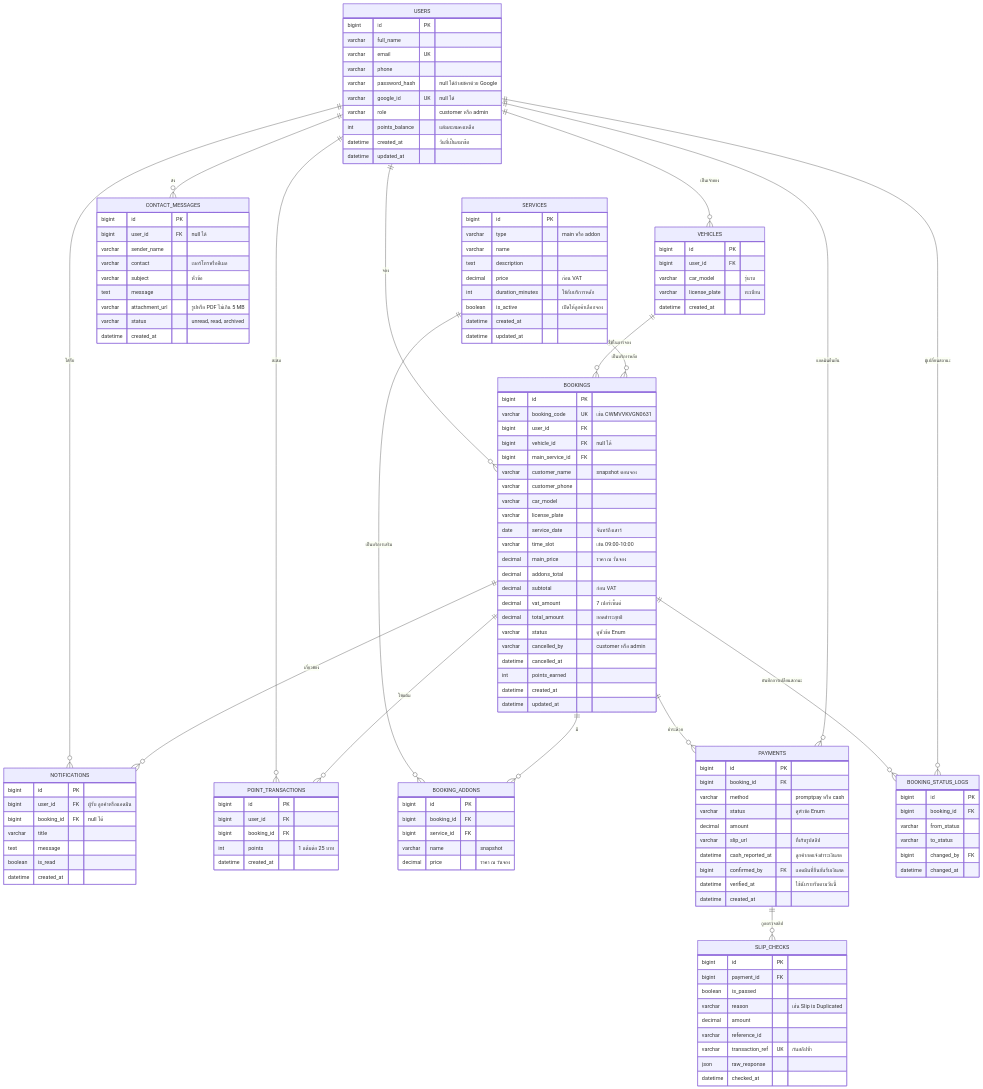
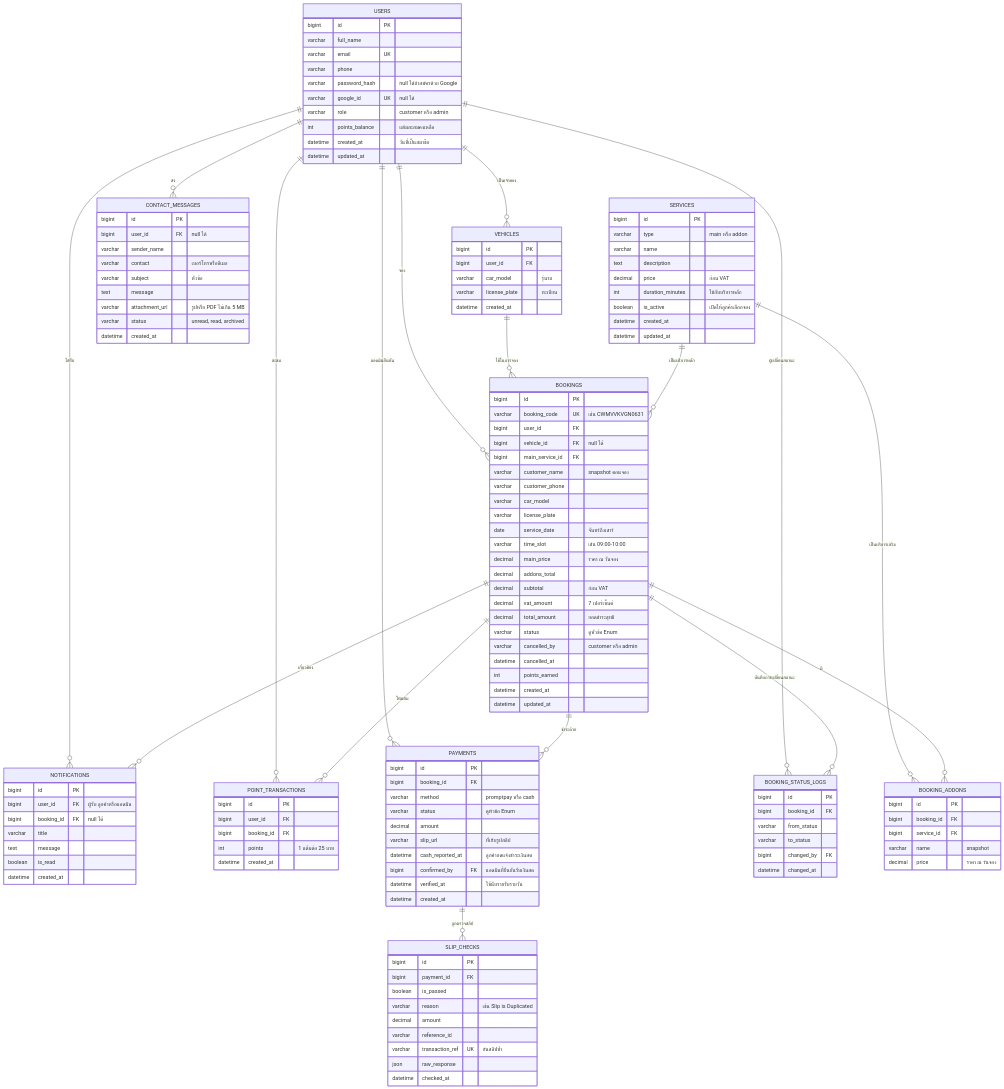
Before and after one commit to Patipan26/Group22-CarWash-Queue: the third of 4 diagrams in README.md, drawn with Mermaid. The commit also changed other lines of this file, not shown here.

```diff
--- a/README.md
+++ b/README.md
@@ -338,6 +363,8 @@
     USERS ||--o{ NOTIFICATIONS : "ได้รับ"
     USERS ||--o{ CONTACT_MESSAGES : "ส่ง"
     USERS ||--o{ POINT_TRANSACTIONS : "สะสม"
+    USERS ||--o{ PAYMENTS : "แอดมินยืนยัน"
+    USERS ||--o{ BOOKING_STATUS_LOGS : "ผู้เปลี่ยนสถานะ"
     VEHICLES ||--o{ BOOKINGS : "ใช้ในการจอง"
     SERVICES ||--o{ BOOKINGS : "เป็นบริการหลัก"
     SERVICES ||--o{ BOOKING_ADDONS : "เป็นบริการเสริม"
@@ -347,8 +374,6 @@
     BOOKINGS ||--o{ POINT_TRANSACTIONS : "ให้แต้ม"
     BOOKINGS ||--o{ BOOKING_STATUS_LOGS : "บันทึกการเปลี่ยนสถานะ"
     PAYMENTS ||--o{ SLIP_CHECKS : "ถูกตรวจสลิป"
-    USERS ||--o{ PAYMENTS : "แอดมินยืนยัน"
-    USERS ||--o{ BOOKING_STATUS_LOGS : "ผู้เปลี่ยนสถานะ"
 
     USERS {
         bigint id PK
@@ -425,7 +450,7 @@
         varchar slip_url "ที่เก็บรูปสลิป"
         datetime cash_reported_at "ลูกค้ากดแจ้งชำระเงินสด"
         bigint confirmed_by FK "แอดมินที่ยืนยันรับเงินสด"
-        datetime verified_at "ใช้นับรายรับตามวันนี้"
+        datetime verified_at "ใช้นับรายรับรายวัน"
         datetime created_at
     }
 
```
